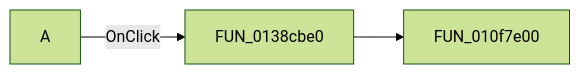
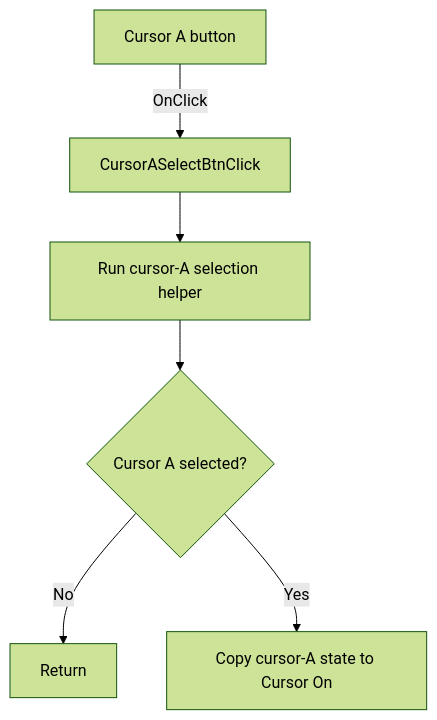
Before and after one commit to MovGP0/TIARA: the diagram in docs/ui-controls/signalanalyzerwin/fcursoraselectbtn-31c9a8f786.md, drawn with Mermaid (forest theme). The commit also changed other lines of this file and 1062 other files, not shown here.

````diff
--- a/docs/ui-controls/signalanalyzerwin/fcursoraselectbtn-31c9a8f786.md
+++ b/docs/ui-controls/signalanalyzerwin/fcursoraselectbtn-31c9a8f786.md
@@ -27,5 +29,8 @@
 ```mermaid
-flowchart LR
-    control["A"] -->|OnClick| handler["FUN_0138cbe0"]
-    handler --> call1["FUN_010f7e00"]
+flowchart TD
+    control["Cursor A button"] -->|OnClick| handler["CursorASelectBtnClick"]
+    handler --> select["Run cursor-A selection helper"]
+    select --> down{"Cursor A selected?"}
+    down -->|No| noop["Return"]
+    down -->|Yes| sync["Copy cursor-A state to Cursor On"]
 ```
````
